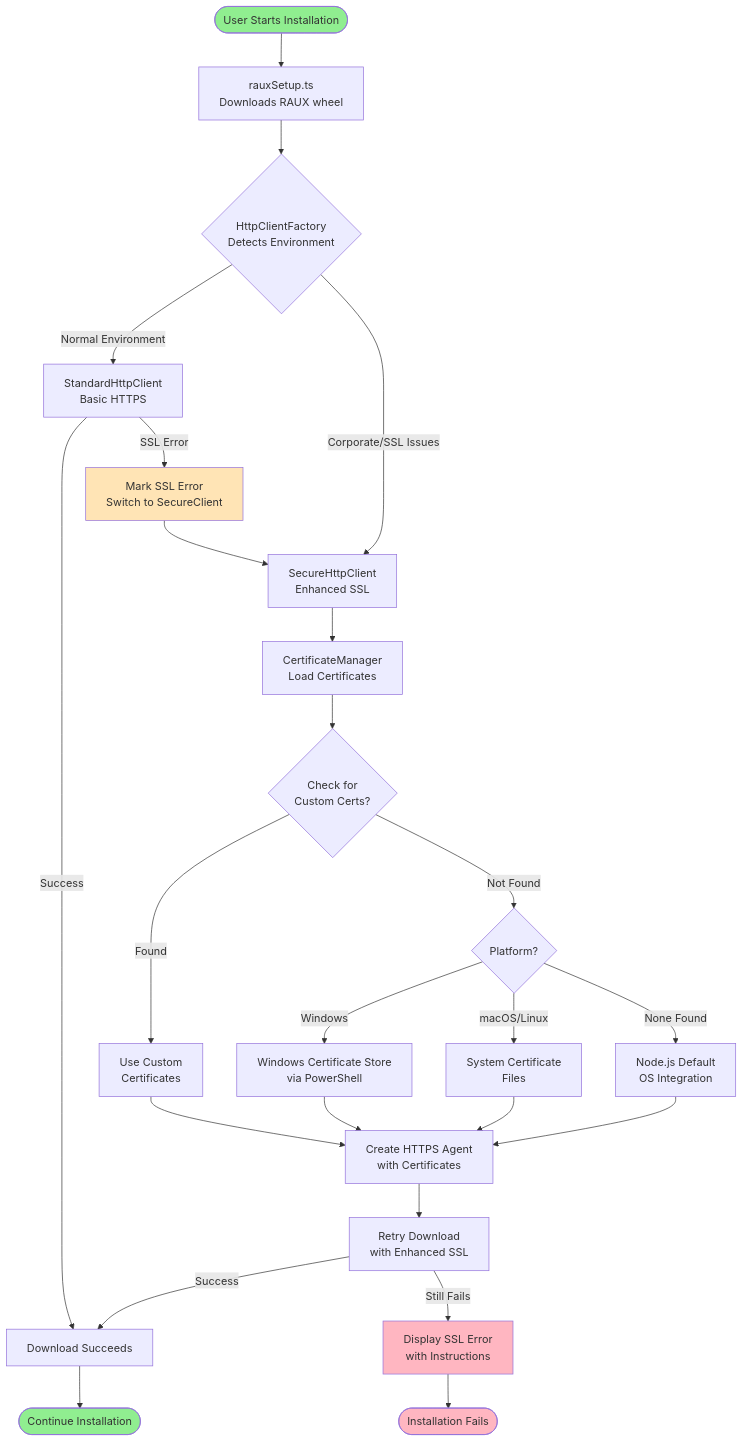
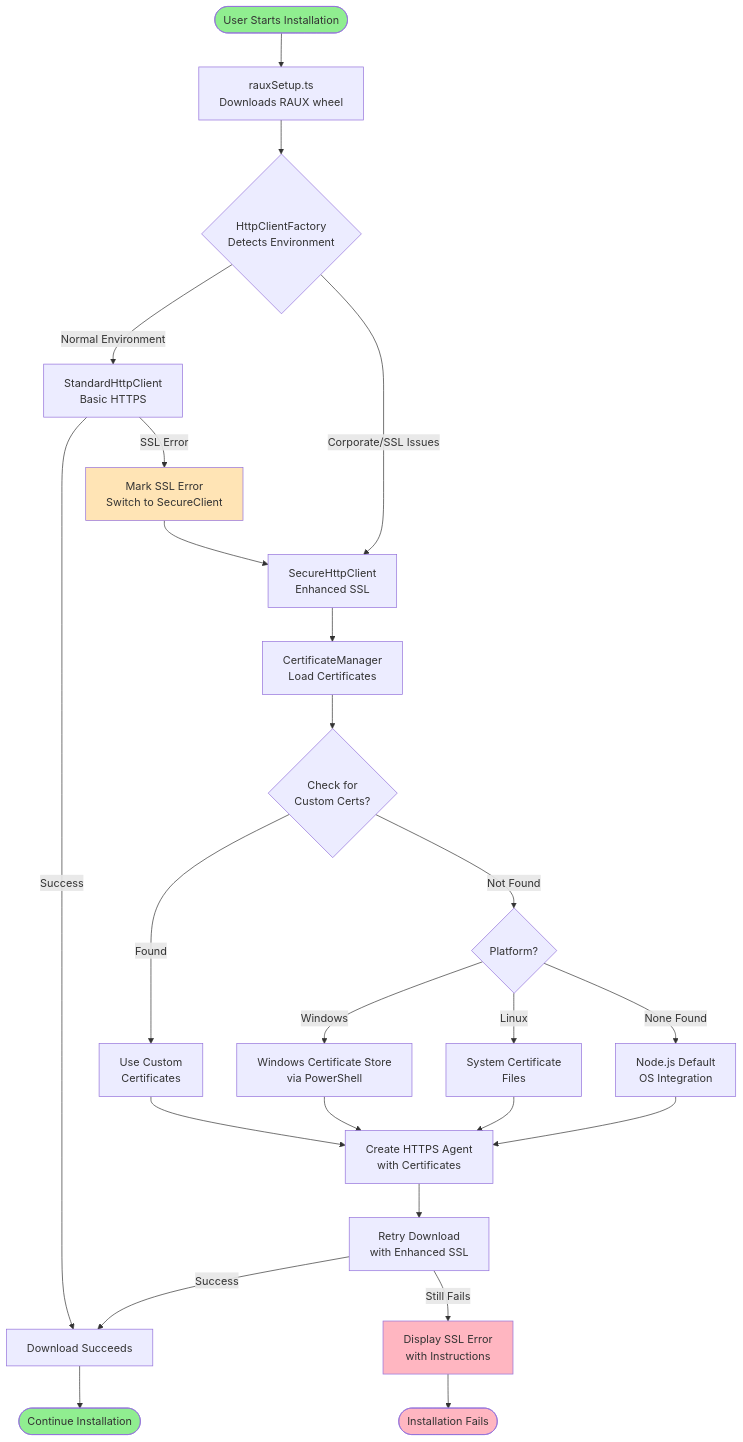
Before and after one commit to aigdat/raux: the diagram in raux-electron/docs/SSL_FLOW_DIAGRAM.md, drawn with Mermaid. The commit also changed 2 other files, not shown here.

Commit message:
Refine SSL certificate handling documentation and code for Linux support

````diff
--- a/raux-electron/docs/SSL_FLOW_DIAGRAM.md
+++ b/raux-electron/docs/SSL_FLOW_DIAGRAM.md
@@ -7,44 +7,44 @@
 ```mermaid
 flowchart TD
     Start([User Starts Installation]) --> RauxSetup[rauxSetup.ts<br/>Downloads RAUX wheel]
     
     RauxSetup --> Factory{HttpClientFactory<br/>Detects Environment}
     
     Factory -->|Normal Environment| Standard[StandardHttpClient<br/>Basic HTTPS]
     Factory -->|Corporate/SSL Issues| Secure[SecureHttpClient<br/>Enhanced SSL]
     
     Standard -->|Success| Download[Download Succeeds]
     Standard -->|SSL Error| MarkError[Mark SSL Error<br/>Switch to SecureClient]
     
     MarkError --> Secure
     
     Secure --> CertMgr[CertificateManager<br/>Load Certificates]
     
     CertMgr --> CheckCustom{Check for<br/>Custom Certs?}
     
     CheckCustom -->|Found| UseCustom[Use Custom<br/>Certificates]
     CheckCustom -->|Not Found| OSCerts{Platform?}
     
     OSCerts -->|Windows| WinStore[Windows Certificate Store<br/>via PowerShell]
-    OSCerts -->|macOS/Linux| SysCerts[System Certificate<br/>Files]
+    OSCerts -->|Linux| SysCerts[System Certificate<br/>Files]
     OSCerts -->|None Found| NodeDefault[Node.js Default<br/>OS Integration]
     
     UseCustom --> CreateAgent[Create HTTPS Agent<br/>with Certificates]
     WinStore --> CreateAgent
     SysCerts --> CreateAgent
     NodeDefault --> CreateAgent
     
     CreateAgent --> Retry[Retry Download<br/>with Enhanced SSL]
     
     Retry -->|Success| Download
     Retry -->|Still Fails| ShowError[Display SSL Error<br/>with Instructions]
     
     Download --> Continue([Continue Installation])
     ShowError --> End([Installation Fails])
     
     style Start fill:#90EE90
     style Continue fill:#90EE90
     style End fill:#FFB6C1
     style MarkError fill:#FFE4B5
     style ShowError fill:#FFB6C1
 ```
````
